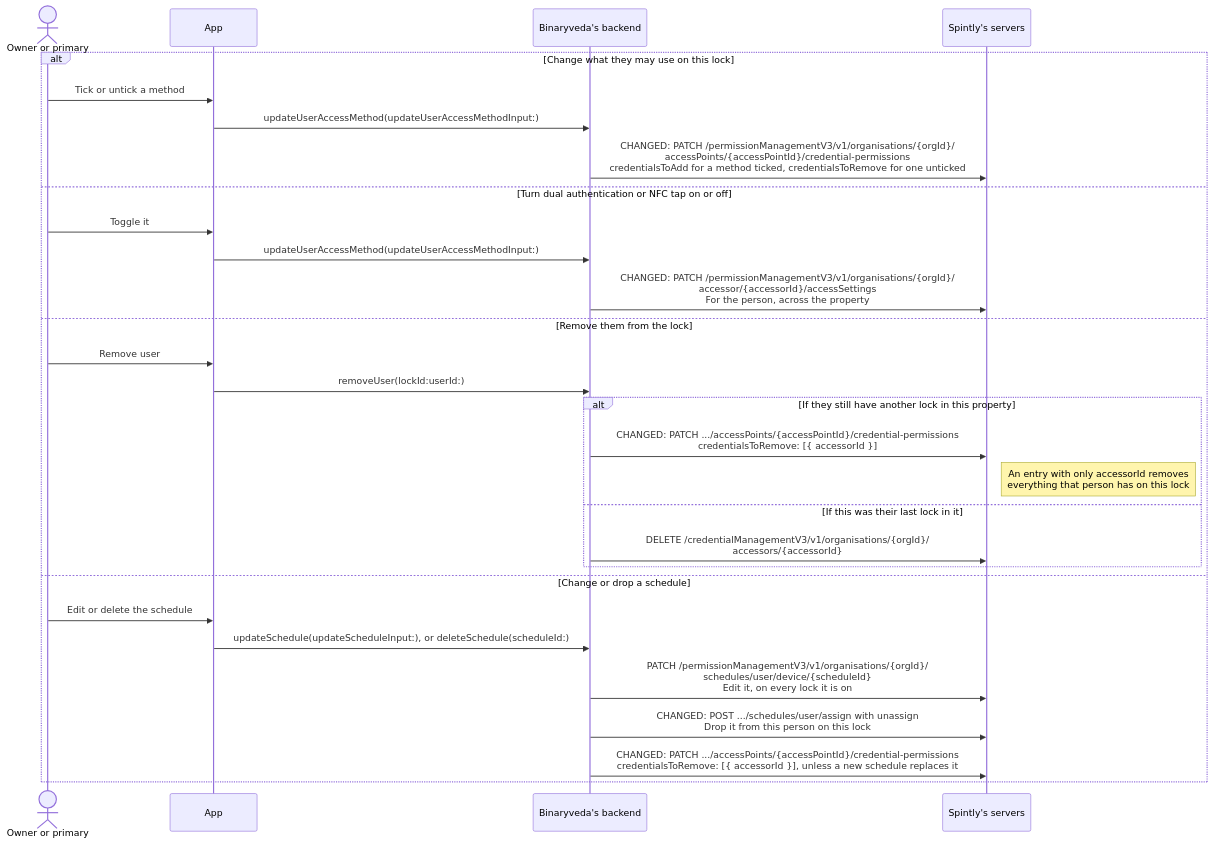
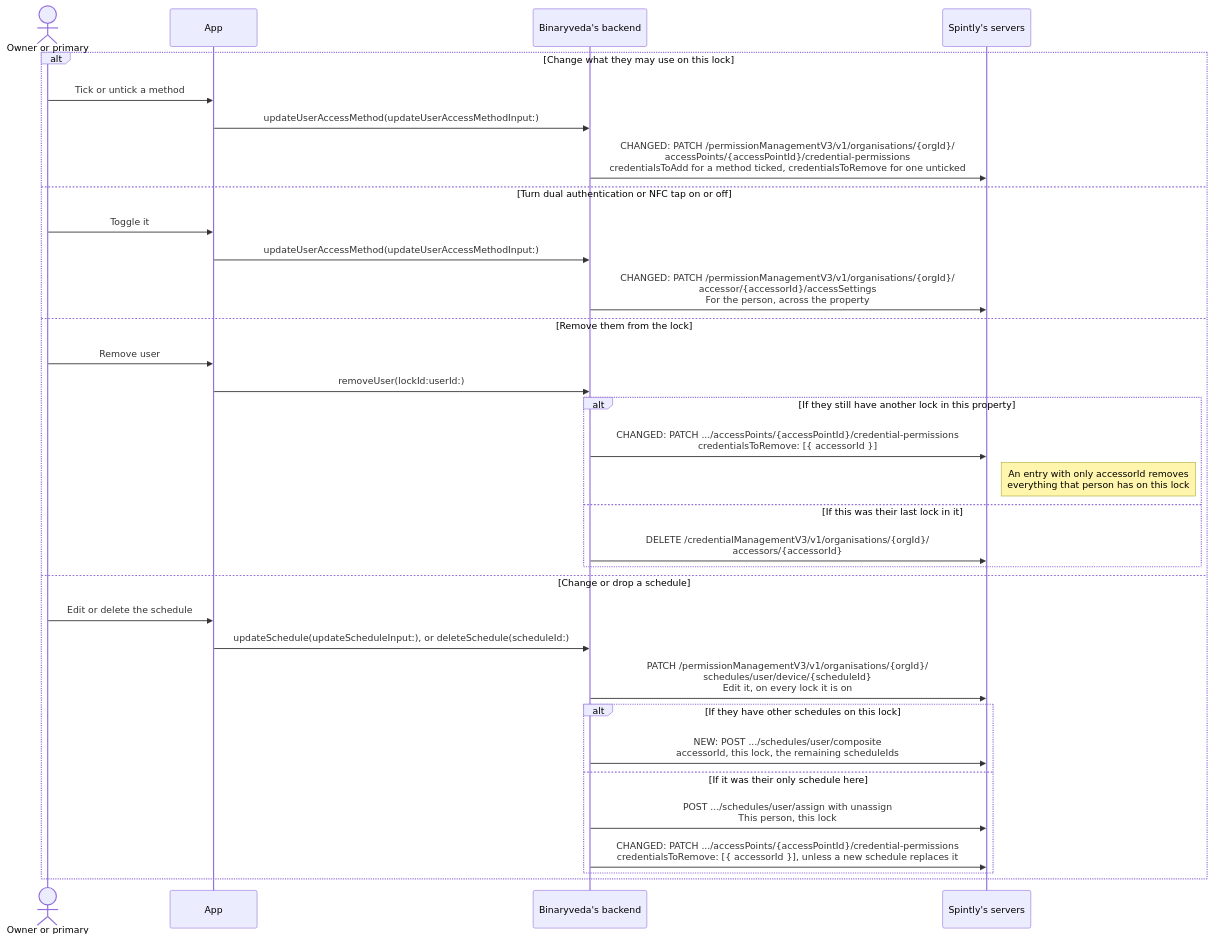
One commit to spintly-integrations-support/godrej-software-guide changed the tenth of 10 diagrams in docs/user-management.md. Above: the diagram before and after it, drawn with Mermaid. The commit also changed other lines of this file and 9 other files, not shown here.

````diff
--- a/docs/user-management.md
+++ b/docs/user-management.md
@@ -328,32 +331,36 @@
 ```mermaid
 sequenceDiagram
     actor O as Owner or primary
     participant A as App
     participant B as Binaryveda's backend
     participant S as Spintly's servers
 
     alt Change what they may use on this lock
         O->>A: Tick or untick a method
         A->>B: updateUserAccessMethod(updateUserAccessMethodInput:)
         B->>S: CHANGED: PATCH /permissionManagementV3/v1/organisations/{orgId}/<br/>accessPoints/{accessPointId}/credential-permissions<br/>credentialsToAdd for a method ticked, credentialsToRemove for one unticked
     else Turn dual authentication or NFC tap on or off
         O->>A: Toggle it
         A->>B: updateUserAccessMethod(updateUserAccessMethodInput:)
         B->>S: CHANGED: PATCH /permissionManagementV3/v1/organisations/{orgId}/<br/>accessor/{accessorId}/accessSettings<br/>For the person, across the property
     else Remove them from the lock
         O->>A: Remove user
         A->>B: removeUser(lockId:userId:)
         alt If they still have another lock in this property
             B->>S: CHANGED: PATCH .../accessPoints/{accessPointId}/credential-permissions<br/>credentialsToRemove: [{ accessorId }]
             Note right of S: An entry with only accessorId removes<br/>everything that person has on this lock
         else If this was their last lock in it
             B->>S: DELETE /credentialManagementV3/v1/organisations/{orgId}/<br/>accessors/{accessorId}
         end
     else Change or drop a schedule
         O->>A: Edit or delete the schedule
         A->>B: updateSchedule(updateScheduleInput:), or deleteSchedule(scheduleId:)
         B->>S: PATCH /permissionManagementV3/v1/organisations/{orgId}/<br/>schedules/user/device/{scheduleId}<br/>Edit it, on every lock it is on
-        B->>S: CHANGED: POST .../schedules/user/assign with unassign<br/>Drop it from this person on this lock
-        B->>S: CHANGED: PATCH .../accessPoints/{accessPointId}/credential-permissions<br/>credentialsToRemove: [{ accessorId }], unless a new schedule replaces it
+        alt If they have other schedules on this lock
+            B->>S: NEW: POST .../schedules/user/composite<br/>accessorId, this lock, the remaining scheduleIds
+        else If it was their only schedule here
+            B->>S: POST .../schedules/user/assign with unassign<br/>This person, this lock
+            B->>S: CHANGED: PATCH .../accessPoints/{accessPointId}/credential-permissions<br/>credentialsToRemove: [{ accessorId }], unless a new schedule replaces it
+        end
     end
 ```
````
